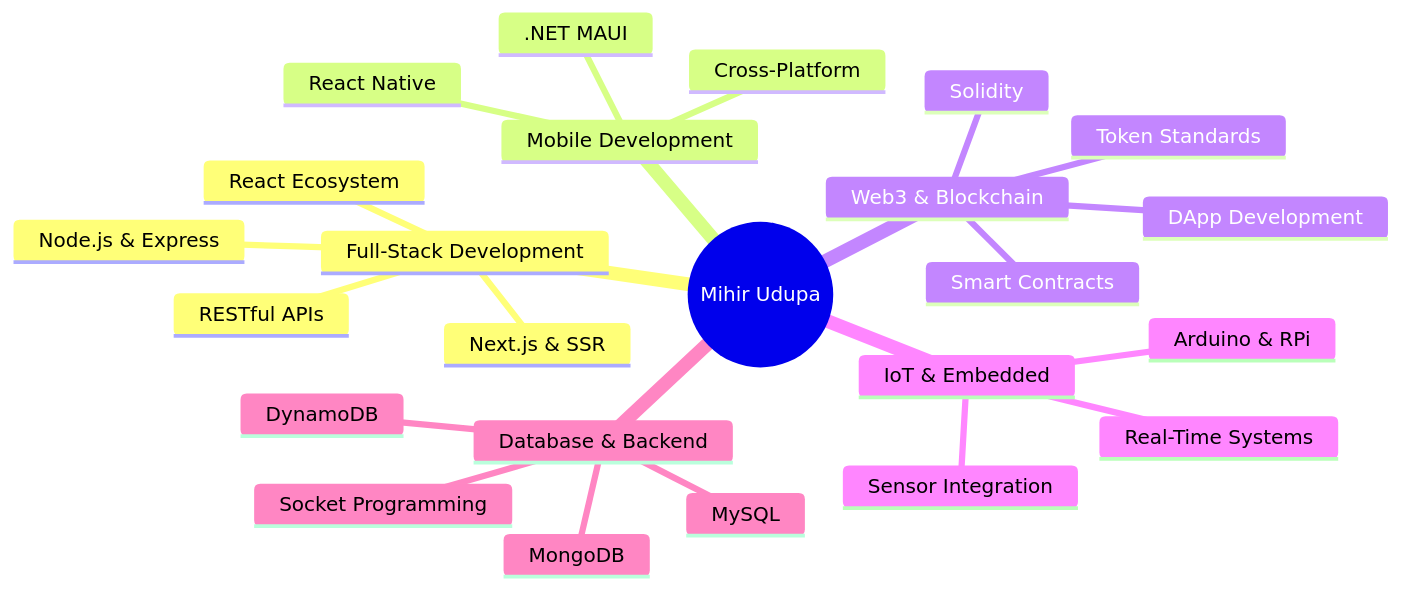
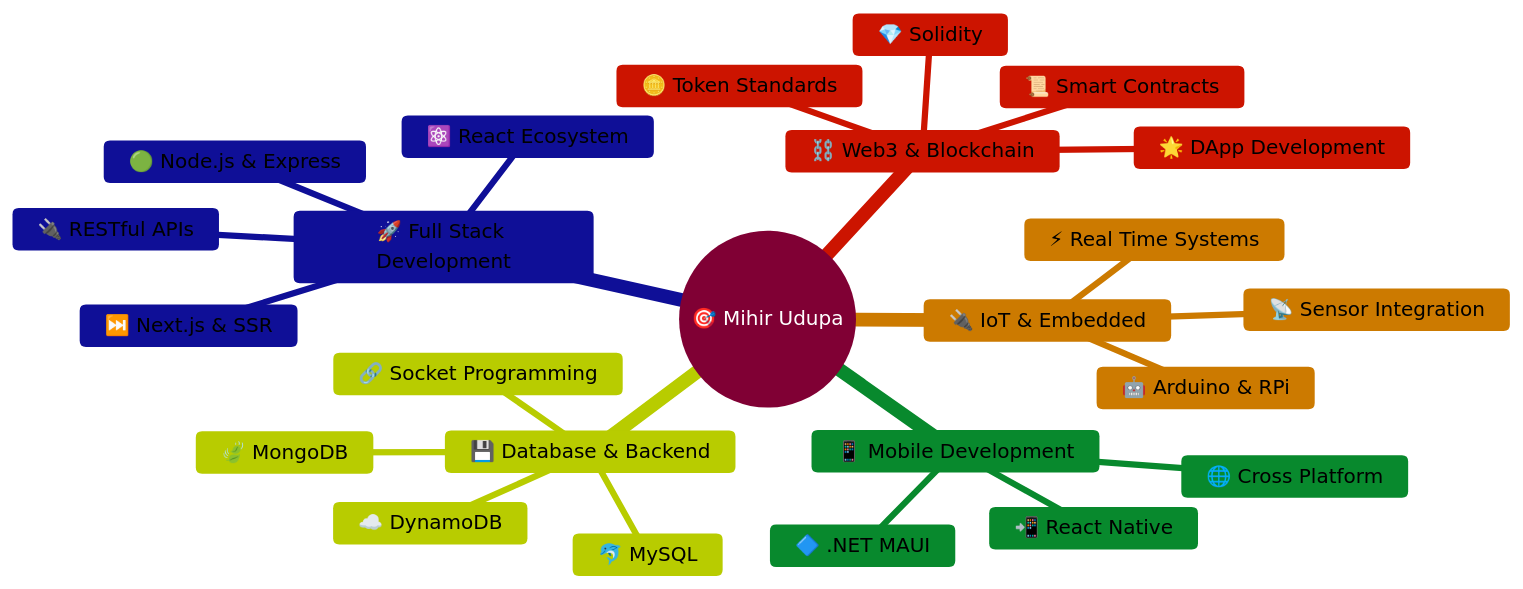
The diagram in README.md (Mihir611/Mihir611), drawn with Mermaid before and after one commit.

Commit message:
Update README with enhanced mindmap and emojis

````diff
--- a/README.md
+++ b/README.md
@@ -171,27 +171,28 @@
 ```mermaid
+%%{init: {'theme':'forest', 'themeVariables': { 'primaryColor':'#ff0067','primaryTextColor':'#fff','primaryBorderColor':'#ff0067','lineColor':'#00d9ff','secondaryColor':'#1313c6','tertiaryColor':'#0bb93d','fontSize':'16px','fontFamily':'monospace'}}}%%
 mindmap
-  root((Mihir Udupa))
-    Full-Stack Development
-      React Ecosystem
-      Node.js & Express
-      Next.js & SSR
-      RESTful APIs
-    Mobile Development
-      React Native
-      .NET MAUI
-      Cross-Platform
-    Web3 & Blockchain
-      Smart Contracts
-      Solidity
-      DApp Development
-      Token Standards
-    IoT & Embedded
-      Arduino & RPi
-      Sensor Integration
-      Real-Time Systems
-    Database & Backend
-      MongoDB
-      MySQL
-      DynamoDB
-      Socket Programming
+  root((🎯 Mihir Udupa))
+    🚀 Full Stack Development
+      ⚛️ React Ecosystem
+      🟢 Node.js & Express
+      ⏭️ Next.js & SSR
+      🔌 RESTful APIs
+    📱 Mobile Development
+      📲 React Native
+      🔷 .NET MAUI
+      🌐 Cross Platform
+    ⛓️ Web3 & Blockchain
+      📜 Smart Contracts
+      💎 Solidity
+      🌟 DApp Development
+      🪙 Token Standards
+    🔌 IoT & Embedded
+      🤖 Arduino & RPi
+      📡 Sensor Integration
+      ⚡ Real Time Systems
+    💾 Database & Backend
+      🍃 MongoDB
+      🐬 MySQL
+      ☁️ DynamoDB
+      🔗 Socket Programming
 ```
````
